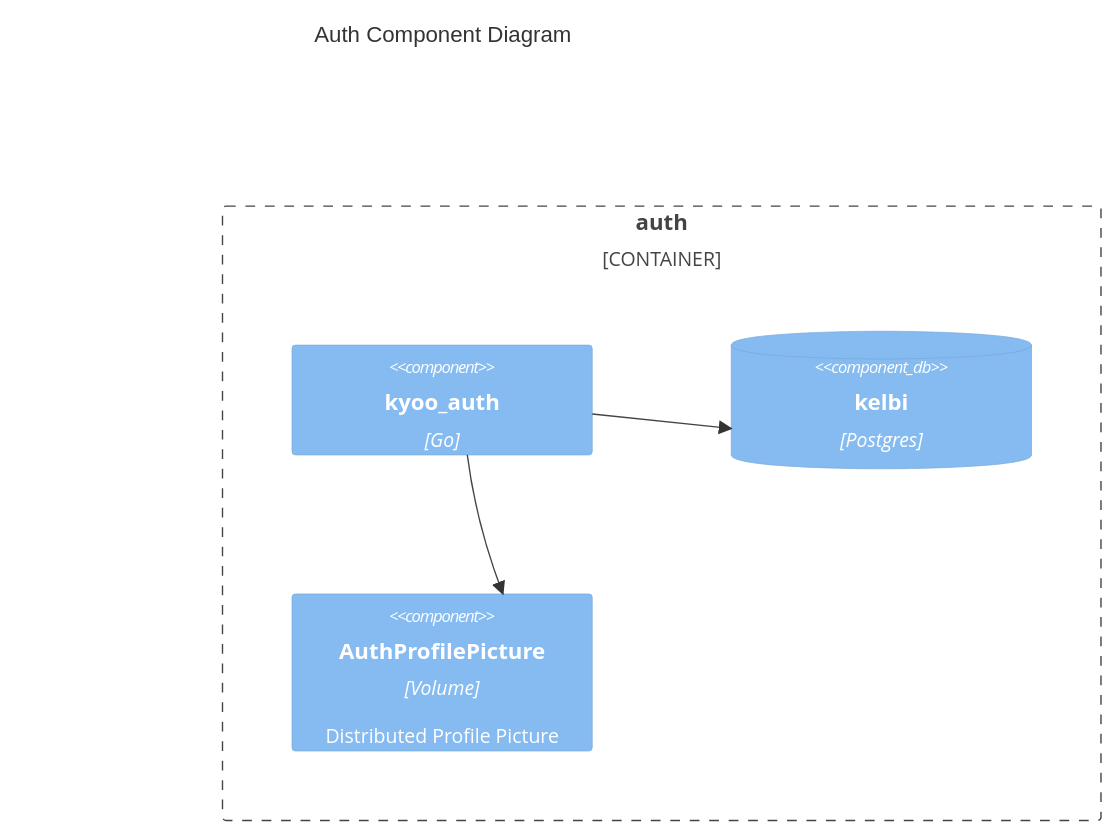
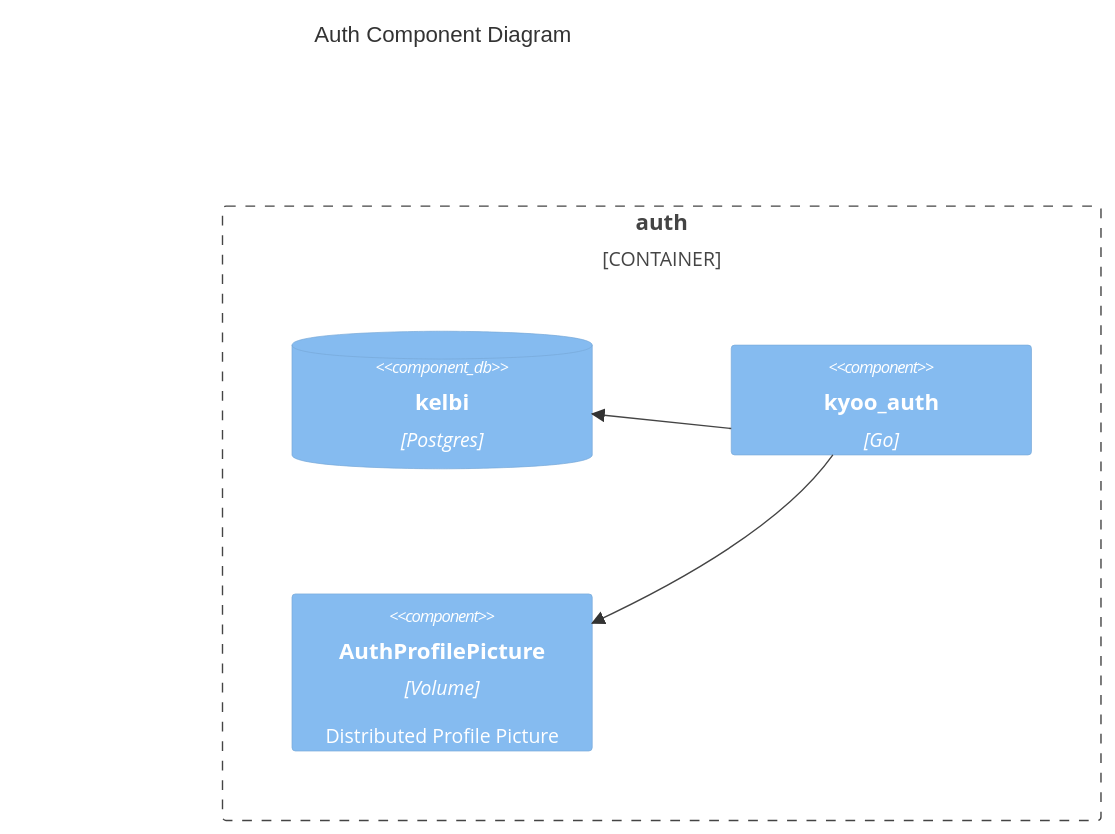
The fourth of 8 diagrams in DIAGRAMS.md (acelinkio/Kyoo), drawn with Mermaid before and after one commit. The commit also changed other lines of this file, not shown here.

````diff
--- a/DIAGRAMS.md
+++ b/DIAGRAMS.md
@@ -126,14 +126,14 @@
 ```mermaid
 C4Component
   UpdateLayoutConfig($c4ShapeInRow="5", $c4BoundaryInRow="2")
   
   title Auth Component Diagram
 
   Container_Boundary(auth, "auth") {
+    ComponentDb(auth_db1, "kelbi", "Postgres", "")
     Component(auth_c1, "kyoo_auth", "Go", "")
-    ComponentDb(auth_db1, "kelbi", "Postgres", "")
     Component(auth_c2, "AuthProfilePicture", "Volume", "Distributed Profile Picture")
   }
   Rel(auth_c1, auth_db1, "")
   Rel(auth_c1, auth_c2, "")
 ```
````
